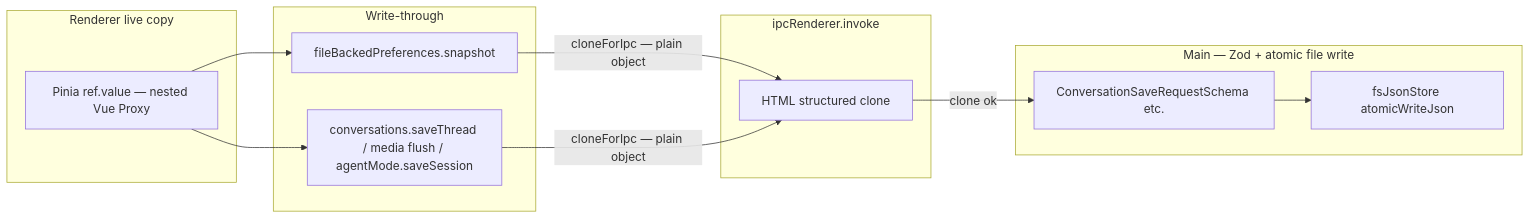
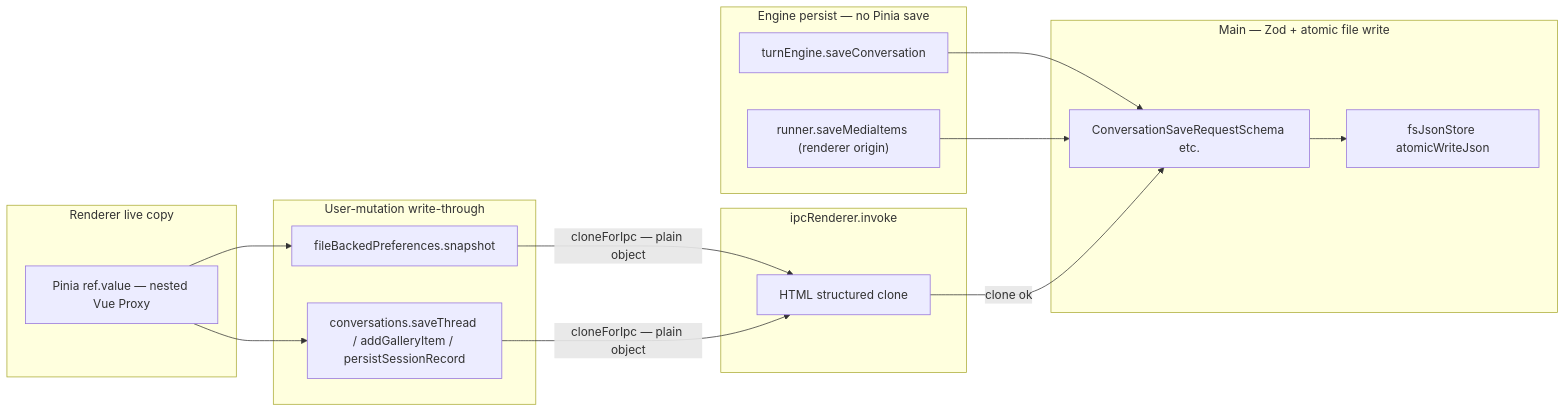
The second of 7 diagrams in docs/architecture-as-landed.md (TNG/AI-Playground), drawn with Mermaid before and after one commit. The commit also changed other lines of this file and 17 other files, not shown here.

First line of the commit message:
feat: persist chat, media, and agent transcripts on turn lifecycle

````diff
--- a/docs/architecture-as-landed.md
+++ b/docs/architecture-as-landed.md
@@ -105,27 +114,34 @@
 ```mermaid
 flowchart LR
   subgraph live["Renderer live copy"]
     ref["Pinia ref.value — nested Vue Proxy"]
   end
 
-  subgraph helpers["Write-through"]
+  subgraph helpers["User-mutation write-through"]
     snap["fileBackedPreferences.snapshot"]
-    save["conversations.saveThread / media flush / agentMode.saveSession"]
+    save["conversations.saveThread / addGalleryItem / persistSessionRecord"]
+  end
+
+  subgraph engines["Engine persist — no Pinia save"]
+    chatP["turnEngine.saveConversation"]
+    artP["runner.saveMediaItems (renderer origin)"]
   end
 
   subgraph ipcBound["ipcRenderer.invoke"]
     sc["HTML structured clone"]
   end
 
   subgraph mainW["Main — Zod + atomic file write"]
     zod["ConversationSaveRequestSchema etc."]
     fs["fsJsonStore atomicWriteJson"]
   end
 
   ref --> snap
   ref --> save
   snap -->|"cloneForIpc — plain object"| sc
   save -->|"cloneForIpc — plain object"| sc
+  chatP --> zod
+  artP --> zod
   sc -->|"clone ok"| zod
   zod --> fs
 ```
````
